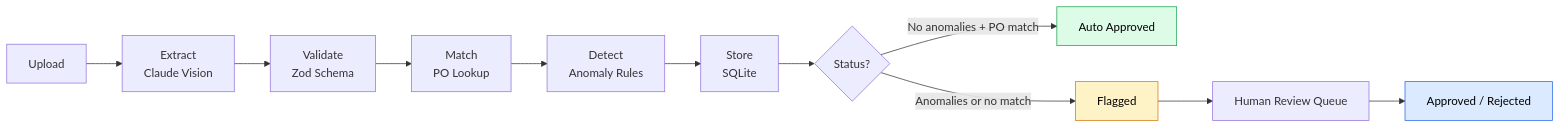
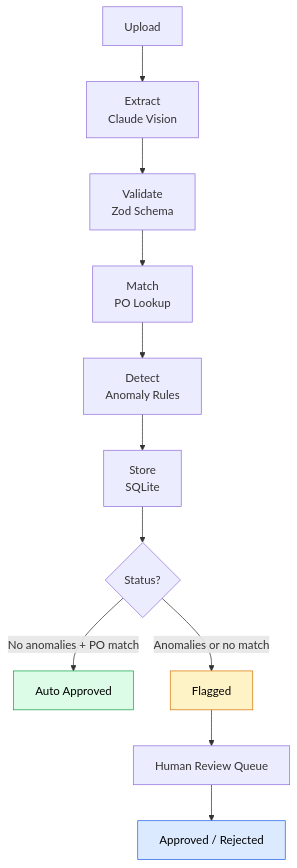
The diagram in README.md (martin-minghetti/invoice-processor), drawn with Mermaid before and after one commit.

Commit message:
Fix: make architecture diagram vertical

````diff
--- a/README.md
+++ b/README.md
@@ -46,17 +46,17 @@
 ```mermaid
-flowchart LR
+flowchart TD
     A[Upload] --> B[Extract\nClaude Vision]
     B --> C[Validate\nZod Schema]
     C --> D[Match\nPO Lookup]
     D --> E[Detect\nAnomaly Rules]
     E --> F[Store\nSQLite]
     F --> G{Status?}
     G -->|No anomalies + PO match| H[Auto Approved]
     G -->|Anomalies or no match| I[Flagged]
     I --> J[Human Review Queue]
     J --> K[Approved / Rejected]
 
     style H fill:#dcfce7,stroke:#16a34a,color:#000
     style I fill:#fef3c7,stroke:#d97706,color:#000
     style K fill:#dbeafe,stroke:#2563eb,color:#000
 ```
````
